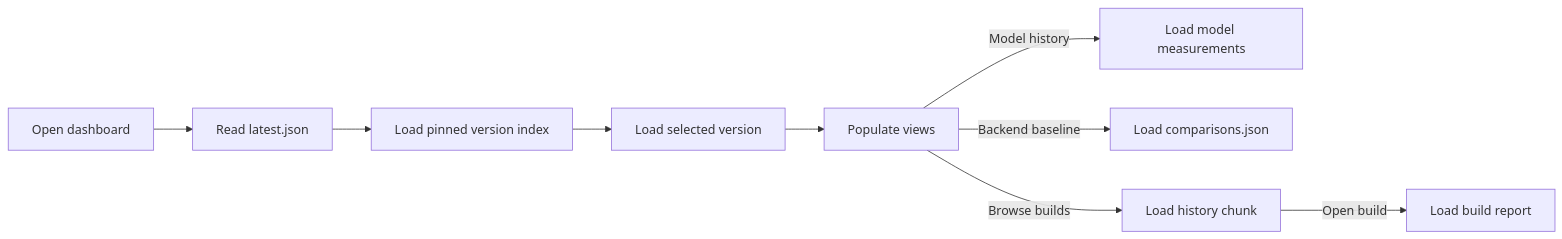
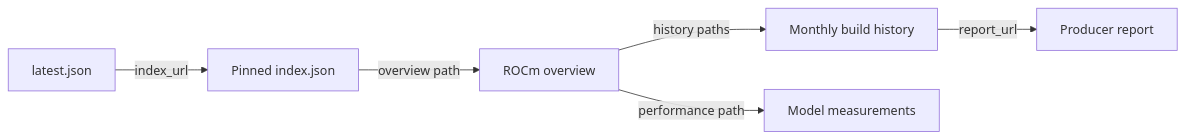
One commit to lemonade-sdk/rocm-readiness changed the second of 2 diagrams in docs/data-flow.md. Above: the diagram before and after it, drawn with Mermaid. The commit also changed other lines of this file and 26 other files, not shown here.

First line of the commit message:
Restrict llama.cpp ingestion to stable ROCm builds and regenerate data (#9)

````diff
--- a/docs/data-flow.md
+++ b/docs/data-flow.md
@@ -53,11 +28,8 @@
 ```mermaid
 flowchart LR
-    Open["Open dashboard"] --> Pointer["Read latest.json"]
-    Pointer --> Index["Load pinned version index"]
-    Index --> Load["Load selected version"]
-    Load --> Display["Populate views"]
-    Display -->|Model history| Performance["Load model measurements"]
-    Display -->|Backend baseline| Comparisons["Load comparisons.json"]
-    Display -->|Browse builds| History["Load history chunk"]
-    History -->|Open build| Report["Load build report"]
+    Latest["latest.json"] -->|index_url| Index["Pinned index.json"]
+    Index -->|overview path| Overview["ROCm overview"]
+    Overview -->|history paths| History["Monthly build history"]
+    History -->|report_url| Report["Producer report"]
+    Overview -->|performance path| Performance["Model measurements"]
 ```
````
